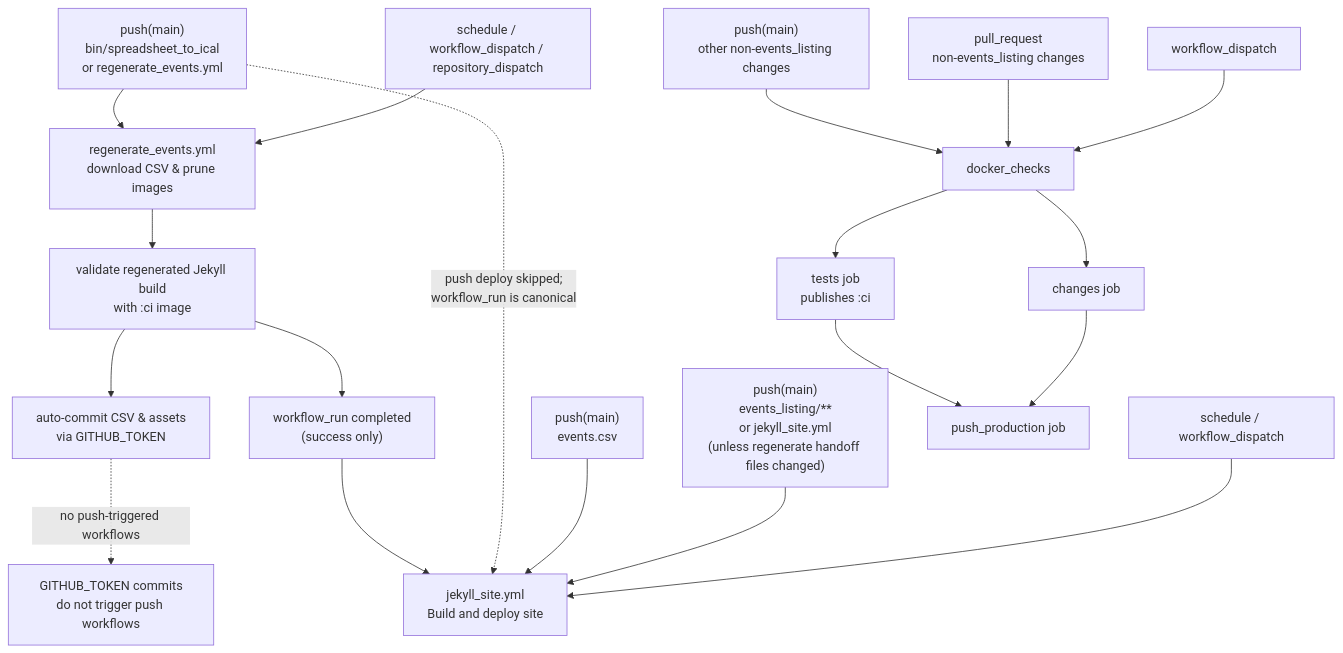
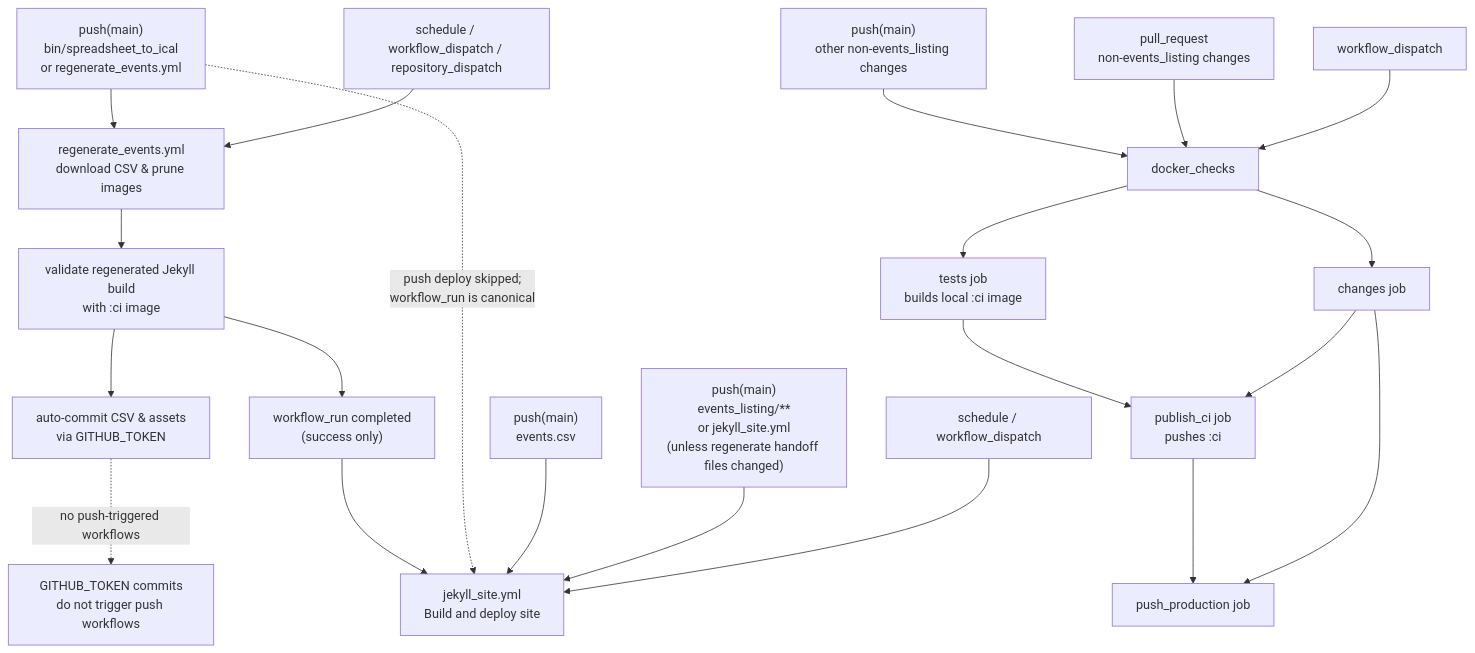
One commit to zewelor/ps_events changed the diagram in .github/workflows/README.md. Above: the diagram before and after it, drawn with Mermaid. The commit also changed other lines of this file and 4 other files, not shown here.

Commit message:
fix: isolate Docker checks from image publishers

````diff
--- a/.github/workflows/README.md
+++ b/.github/workflows/README.md
@@ -9,27 +9,29 @@
 ```mermaid
 flowchart TD
     push_regen["push(main)<br/>bin/spreadsheet_to_ical<br/>or regenerate_events.yml"] --> regenerate["regenerate_events.yml<br/>download CSV & prune images"]
     schedule_regen["schedule / workflow_dispatch / repository_dispatch"] --> regenerate
 
     regenerate --> regen_validate["validate regenerated Jekyll build<br/>with :ci image"]
     regen_validate --> regen_commit["auto-commit CSV & assets<br/>via GITHUB_TOKEN"]
     regen_validate --> regen_complete["workflow_run completed<br/>(success only)"]
     regen_complete --> jekyll["jekyll_site.yml<br/>Build and deploy site"]
 
     regen_commit -. no push-triggered workflows .-> token_note["GITHUB_TOKEN commits<br/>do not trigger push workflows"]
     push_regen -. push deploy skipped;<br/>workflow_run is canonical .-> jekyll
 
     push_events["push(main)<br/>events.csv"] --> jekyll
 
     push_site["push(main)<br/>events_listing/**<br/>or jekyll_site.yml<br/>(unless regenerate handoff files changed)"] --> jekyll
     schedule_site["schedule / workflow_dispatch"] --> jekyll
 
     push_backend["push(main)<br/>other non-events_listing changes"] --> docker_checks
     pr_backend["pull_request<br/>non-events_listing changes"] --> docker_checks
     dispatch_backend["workflow_dispatch"] --> docker_checks
 
-    docker_checks --> docker_tests["tests job<br/>publishes :ci"]
+    docker_checks --> docker_tests["tests job<br/>builds local :ci image"]
     docker_checks --> docker_changes["changes job"]
-    docker_tests --> docker_production["push_production job"]
+    docker_tests --> docker_ci["publish_ci job<br/>pushes :ci"]
+    docker_changes --> docker_ci
+    docker_ci --> docker_production["push_production job"]
     docker_changes --> docker_production
 ```
````
